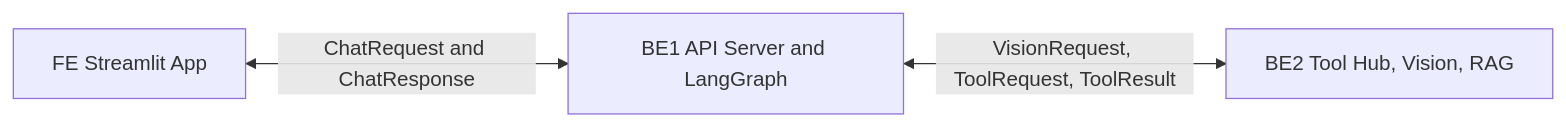
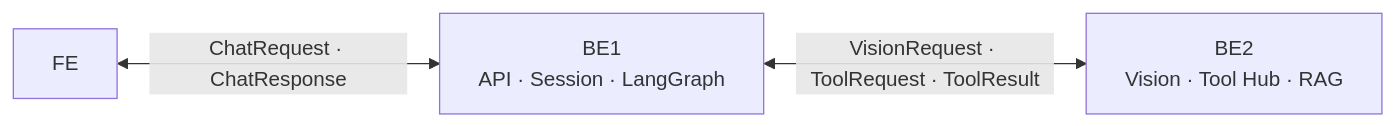
One commit to DongJunee/2026_aio2_p2_PlanEat_Backend changed the third of 3 diagrams in docs/data-flow.md. Above: the diagram before and after it, drawn with Mermaid. The commit also changed other lines of this file, not shown here.

````diff
--- a/docs/data-flow.md
+++ b/docs/data-flow.md
@@ -94,5 +95,9 @@
 ```mermaid
 flowchart LR
-    FE[FE Streamlit App] <-->|ChatRequest and ChatResponse| BE1[BE1 API Server and LangGraph]
-    BE1 <-->|VisionRequest, ToolRequest, ToolResult| BE2[BE2 Tool Hub, Vision, RAG]
+    FE[FE]
+    BE1[BE1<br/>API · Session · LangGraph]
+    BE2[BE2<br/>Vision · Tool Hub · RAG]
+
+    FE <-->|ChatRequest · ChatResponse| BE1
+    BE1 <-->|VisionRequest · ToolRequest · ToolResult| BE2
 ```
````
